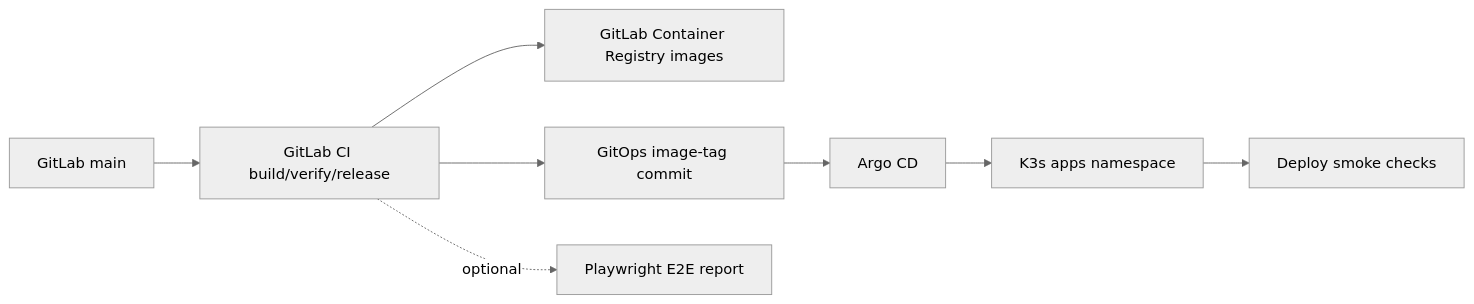
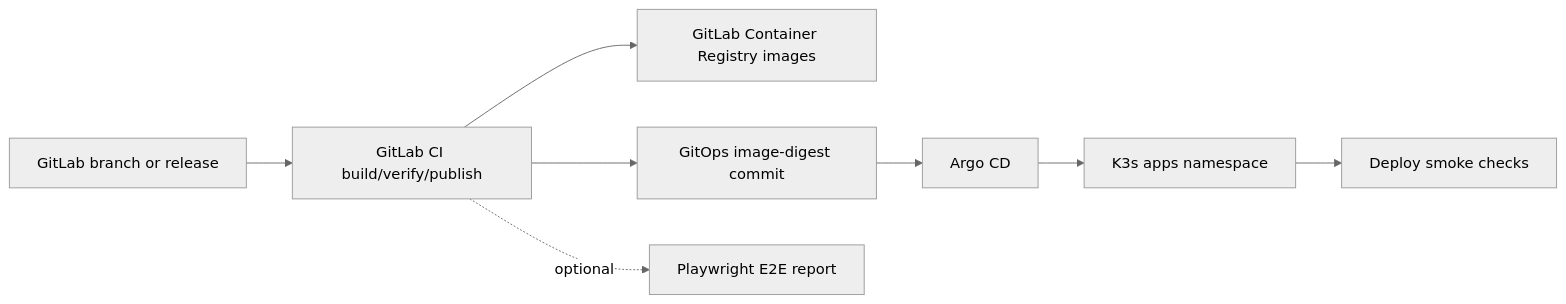
Before and after one commit to chefzaid/devapp: the second of 2 diagrams in docs/architecture.md, drawn with Mermaid (neutral theme). The commit also changed other lines of this file and 78 other files, not shown here.

````diff
--- a/docs/architecture.md
+++ b/docs/architecture.md
@@ -24,10 +24,10 @@
 ```mermaid
 flowchart LR
-    source[GitLab main] --> pipeline[GitLab CI build/verify/release]
+    source[GitLab branch or release] --> pipeline[GitLab CI build/verify/publish]
     pipeline --> registry[GitLab Container Registry images]
-    pipeline --> desired[GitOps image-tag commit]
+    pipeline --> desired[GitOps image-digest commit]
     pipeline -. optional .-> browserTest[Playwright E2E report]
     desired --> argo[Argo CD]
     argo --> k3s[K3s apps namespace]
     k3s --> smoke[Deploy smoke checks]
 ```
````
